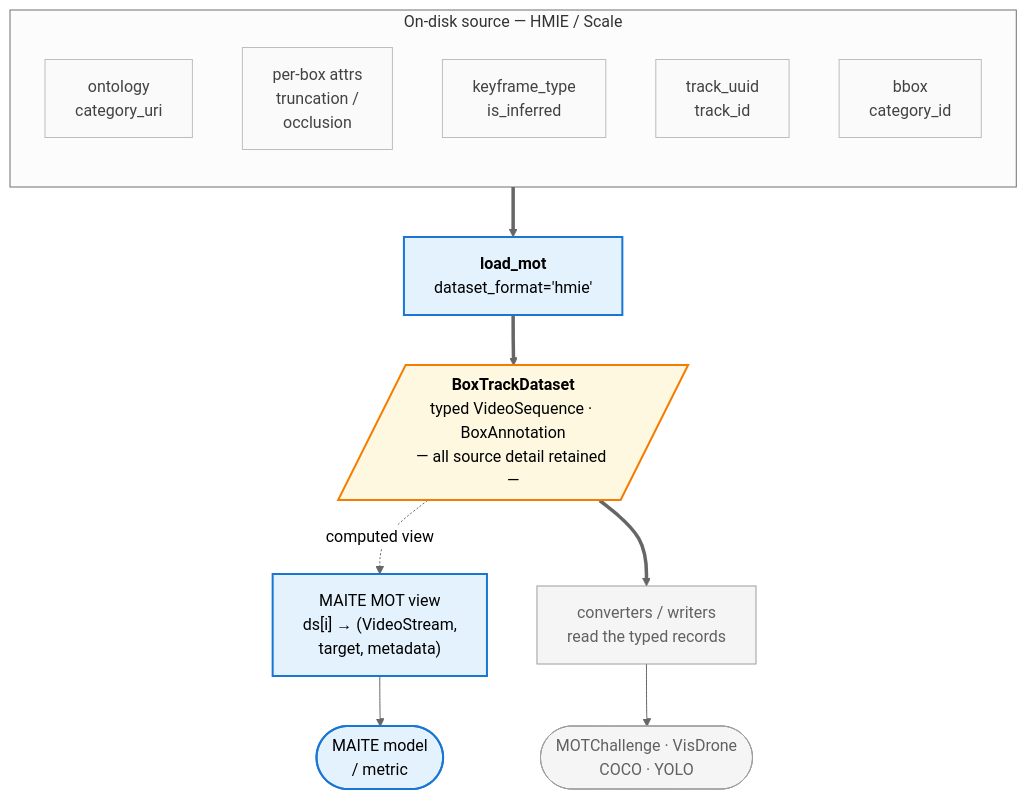
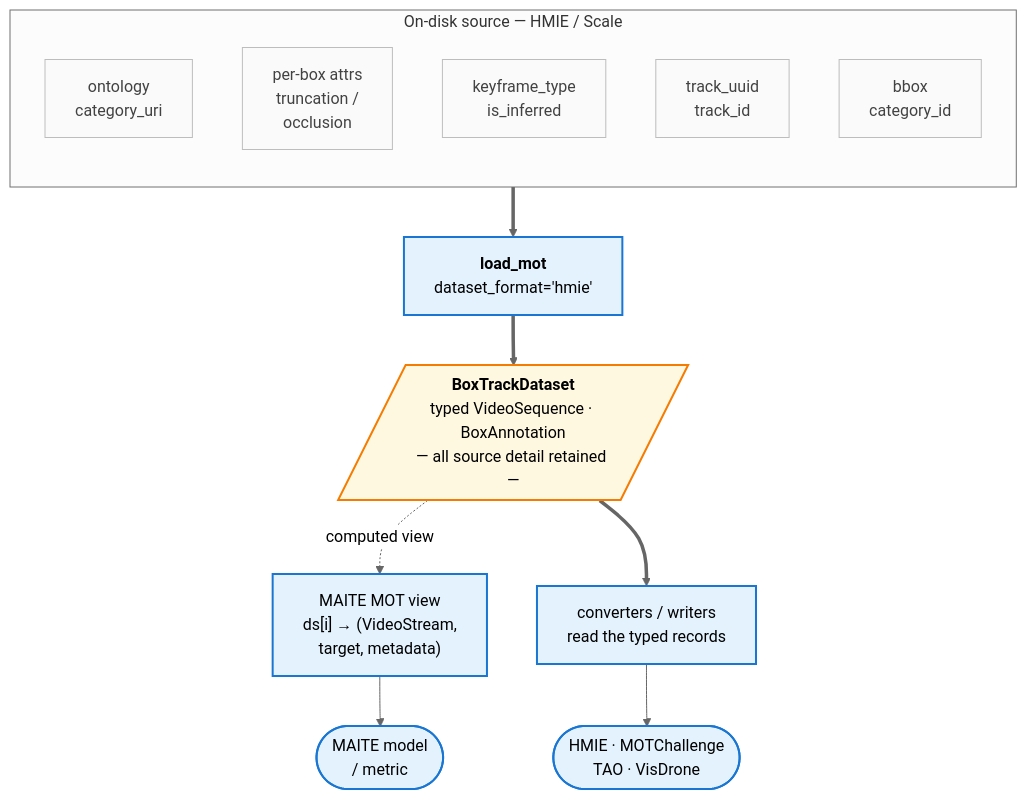
Before and after one commit to openteams-ai/datamaite: the seventh of 10 diagrams in docs/architecture.md, drawn with Mermaid (neutral theme). The commit also changed other lines of this file and 53 other files, not shown here.

Commit message:
Object detection (COCO) & image classification (YOLO) via task-aware registries

````diff
--- a/docs/architecture.md
+++ b/docs/architecture.md
@@ -670,28 +691,28 @@
 ```mermaid
 flowchart TB
     subgraph src [On-disk source — HMIE / Scale]
         direction TB
         S1[ontology<br/>category_uri]
         S2[per-box attrs<br/>truncation /<br/>occlusion]
         S3[keyframe_type<br/>is_inferred]
         S4[track_uuid<br/>track_id]
         S5[bbox<br/>category_id]
     end
 
     src ==> L["<b>load_mot</b><br/>dataset_format='hmie'"]
     L ==> M[/"<b>BoxTrackDataset</b><br/>typed VideoSequence · BoxAnnotation<br/>— all source detail retained —"/]
 
     M -. computed view .-> V["MAITE MOT view<br/>ds[i] → (VideoStream,<br/>target, metadata)"]
     M ==> W["converters / writers<br/>read the typed records"]
     V --> MC([MAITE model<br/>/ metric])
-    W --> O([MOTChallenge · VisDrone<br/>COCO · YOLO])
+    W --> O([HMIE · MOTChallenge<br/>TAO · VisDrone])
 
     classDef hub fill:#fff8e1,stroke:#f57c00,stroke-width:2px;
     classDef impl fill:#e3f2fd,stroke:#1976d2,stroke-width:2px;
     classDef planned fill:#f5f5f5,stroke:#9e9e9e,color:#616161;
     classDef src fill:#fafafa,stroke:#bdbdbd,color:#424242;
     class M hub;
     class L,V,MC impl;
-    class W,O planned;
+    class W,O impl;
     class S1,S2,S3,S4,S5 src;
 ```
````
